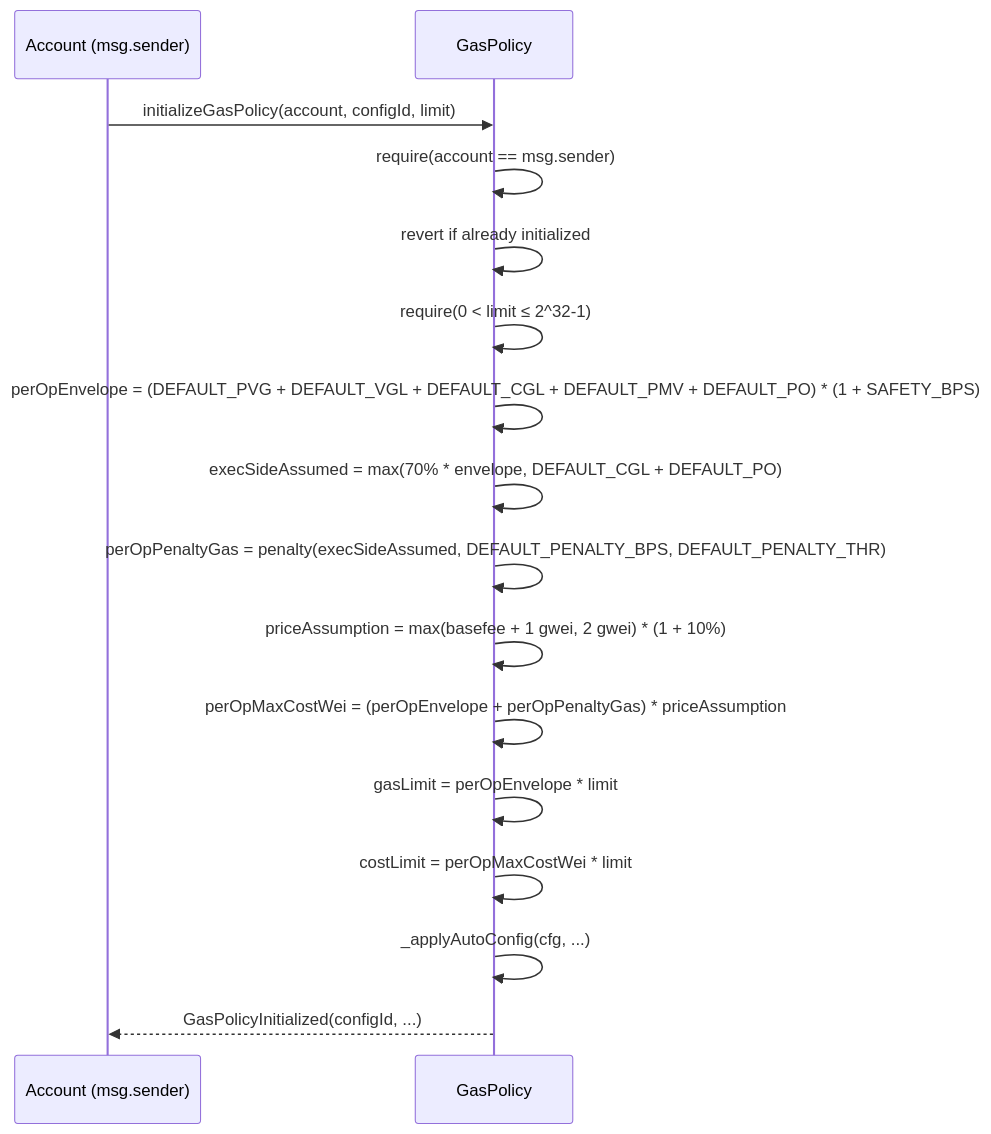
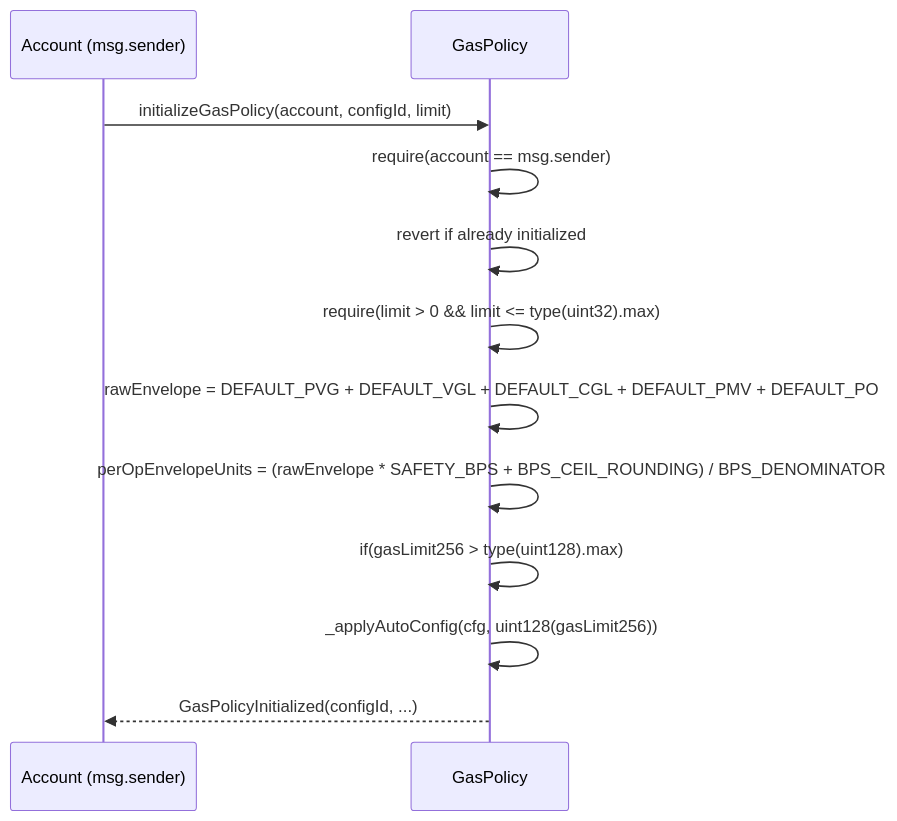
Before and after one commit to openfort-xyz/openfort-7702-account: the fourth of 5 diagrams in docs/GasPolicy.md, drawn with Mermaid. The commit also changed other lines of this file and 3 other files, not shown here.

````diff
--- a/docs/GasPolicy.md
+++ b/docs/GasPolicy.md
@@ -114,19 +100,15 @@
 ```mermaid
 sequenceDiagram
   participant A as Account (msg.sender)
   participant GP as GasPolicy
 
   A->>GP: initializeGasPolicy(account, configId, limit)
   GP->>GP: require(account == msg.sender)
   GP->>GP: revert if already initialized
-  GP->>GP: require(0 < limit ≤ 2^32-1)
-  GP->>GP: perOpEnvelope = (DEFAULT_PVG + DEFAULT_VGL + DEFAULT_CGL + DEFAULT_PMV + DEFAULT_PO) * (1 + SAFETY_BPS)
-  GP->>GP: execSideAssumed = max(70% * envelope, DEFAULT_CGL + DEFAULT_PO)
-  GP->>GP: perOpPenaltyGas = penalty(execSideAssumed, DEFAULT_PENALTY_BPS, DEFAULT_PENALTY_THR)
-  GP->>GP: priceAssumption = max(basefee + 1 gwei, 2 gwei) * (1 + 10%)
-  GP->>GP: perOpMaxCostWei = (perOpEnvelope + perOpPenaltyGas) * priceAssumption
-  GP->>GP: gasLimit = perOpEnvelope * limit
-  GP->>GP: costLimit = perOpMaxCostWei * limit
-  GP->>GP: _applyAutoConfig(cfg, ...)
+  GP->>GP: require(limit > 0 && limit <= type(uint32).max)
+  GP->>GP: rawEnvelope = DEFAULT_PVG + DEFAULT_VGL + DEFAULT_CGL + DEFAULT_PMV + DEFAULT_PO
+  GP->>GP: perOpEnvelopeUnits = (rawEnvelope * SAFETY_BPS + BPS_CEIL_ROUNDING) / BPS_DENOMINATOR
+  GP->>GP: if(gasLimit256 > type(uint128).max)
+  GP->>GP: _applyAutoConfig(cfg, uint128(gasLimit256))
   GP-->>A: GasPolicyInitialized(configId, ...)
 ```
````
